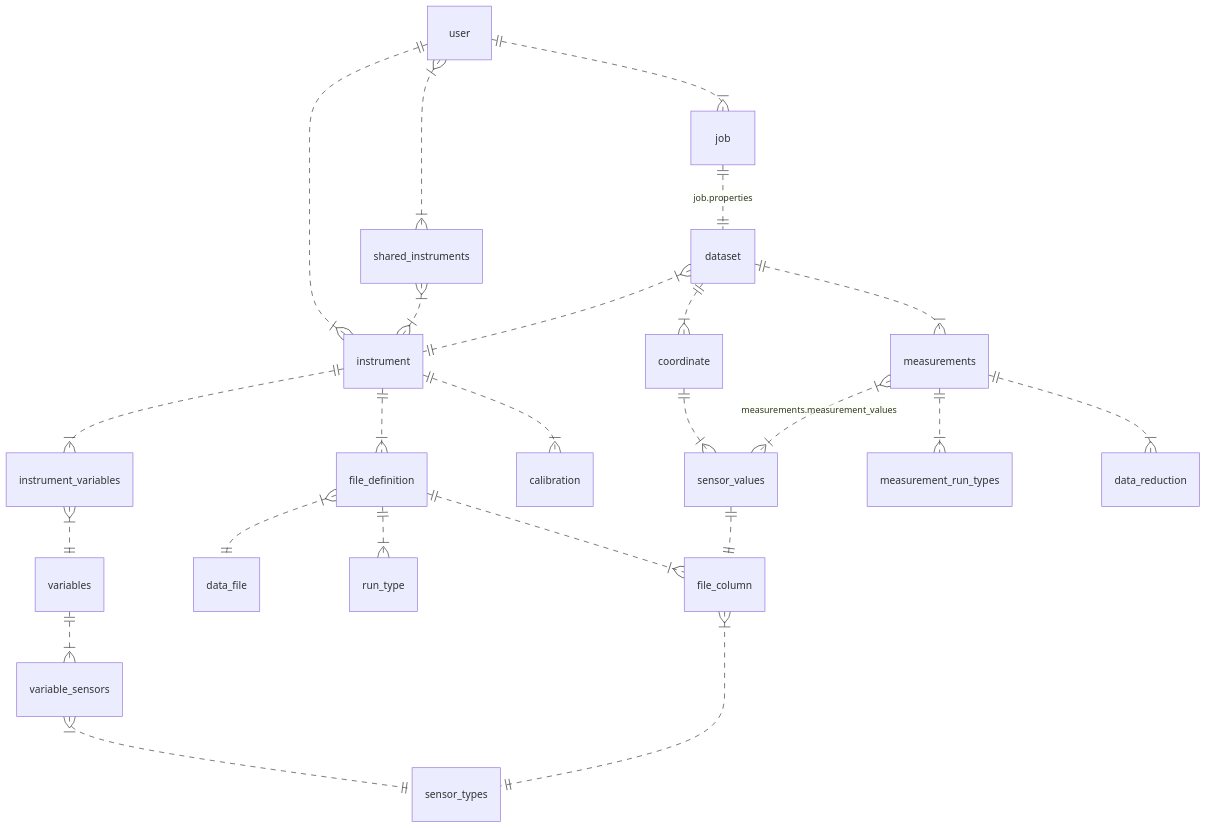
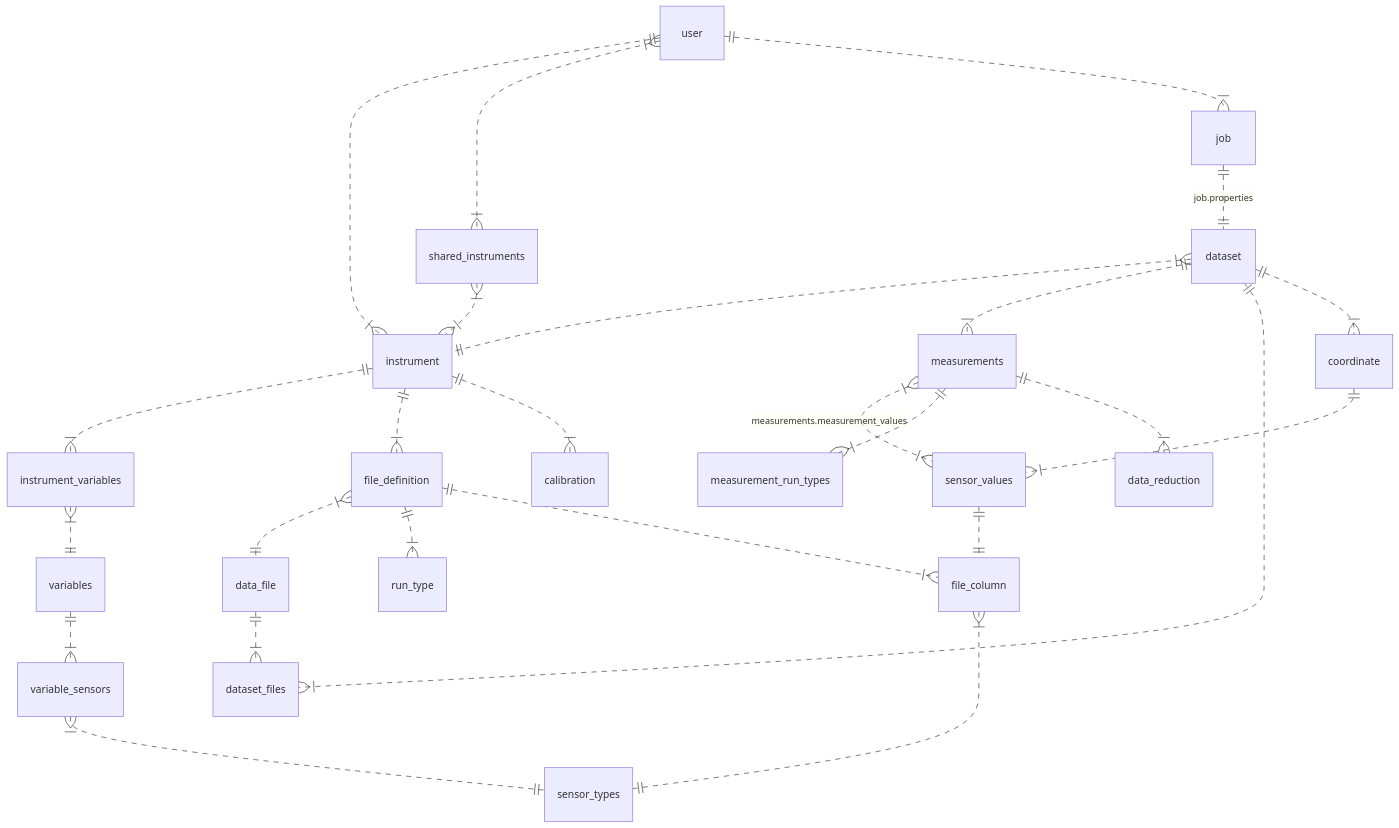
One commit to squaregoldfish/QuinCe changed the diagram in Documentation/Design/Database/Tables_Diagram.mermaid. Above: the diagram before and after it, drawn with Mermaid. The commit also changed 4 other files, not shown here.

```diff
--- a/Documentation/Design/Database/Tables_Diagram.mermaid
+++ b/Documentation/Design/Database/Tables_Diagram.mermaid
@@ -1,35 +1,38 @@
 erDiagram
   instrument ||..|{ instrument_variables : ""
   instrument_variables }|..|| variables : ""
   instrument ||..|{ file_definition : ""
+
+  dataset }|..|| instrument : ""
+  dataset ||..|{ measurements : ""
+
+  dataset ||..|{ dataset_files : ""
+  data_file ||..|{ dataset_files : ""
 
   variables ||..|{ variable_sensors : ""
   variable_sensors }|..|| sensor_types : ""
 
   user ||..|{ instrument : ""
   user }|..|{ shared_instruments : ""
   shared_instruments }|..|{ instrument : ""
 
   instrument ||..|{ calibration : ""
 
   file_definition }|..|| data_file : ""
   file_definition ||..|{ run_type : ""
   file_definition ||..|{ file_column : ""
 
   file_column }|..|| sensor_types : ""
-
-  dataset }|..|| instrument : ""
-  dataset ||..|{ measurements : ""
-  
+    
   dataset ||..|{ coordinate : ""
   coordinate ||..|{ sensor_values : ""
 
   sensor_values ||..|| file_column : ""
 
   measurements }|..|{ sensor_values : "measurements.measurement_values"
   measurements ||..|{ measurement_run_types : ""
 
   measurements ||..|{ data_reduction : ""
 
   user ||..|{ job : ""
   job ||..|| dataset : "job.properties"
```
